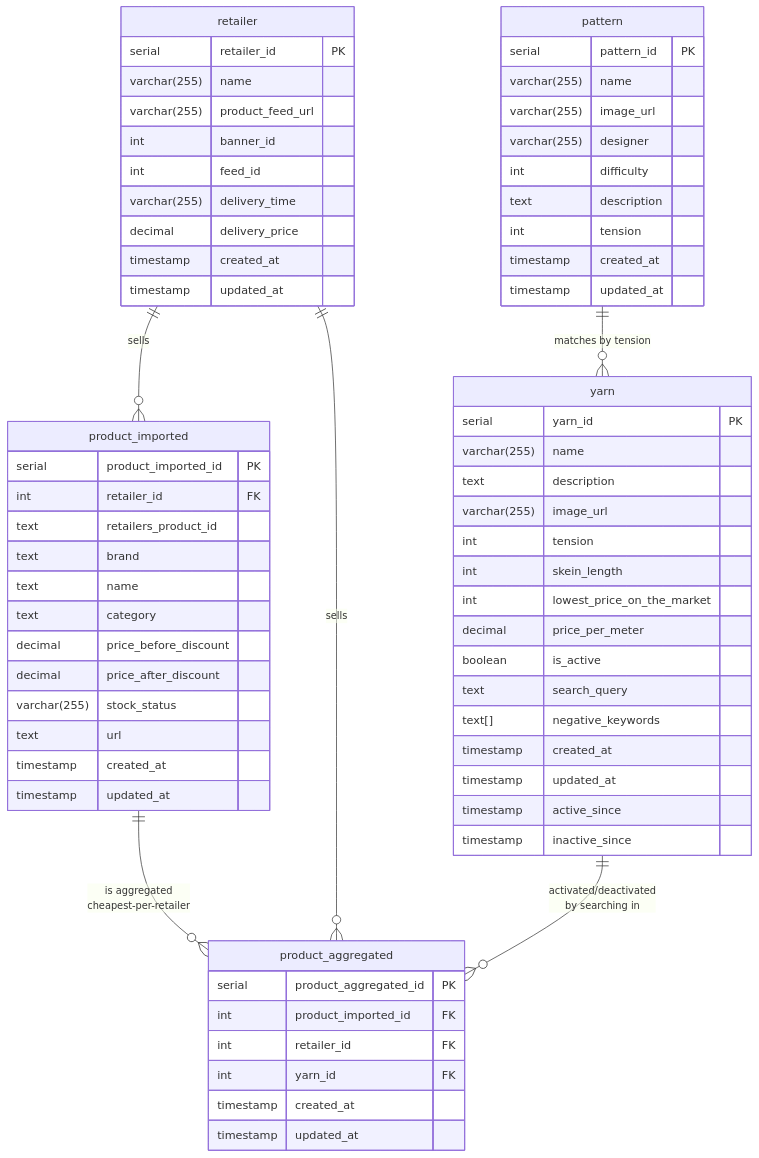
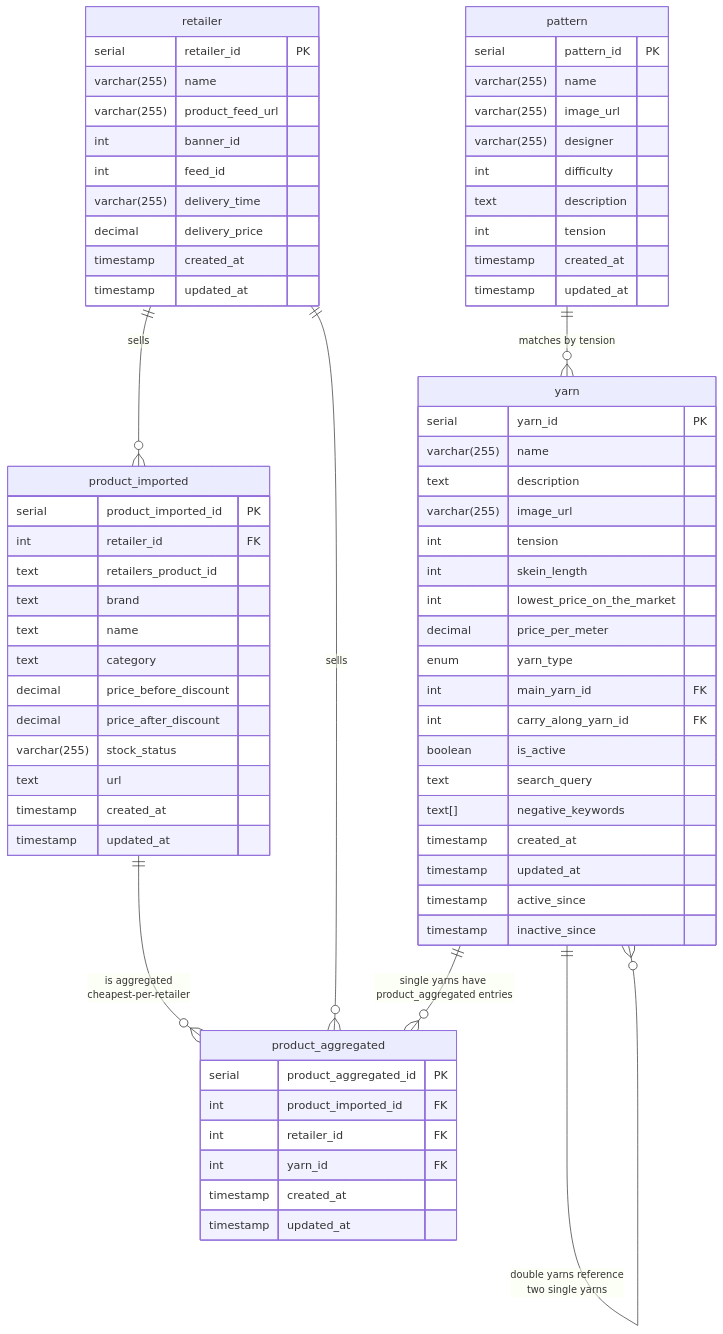
One commit to rasmusbulriksen/garnalternativer.dk changed the diagram in backend/diagrams/er-diagram.md. Above: the diagram before and after it, drawn with Mermaid. The commit also changed 9 other files, not shown here.

First line of the commit message:
Add double yarn support and update related documentation

````diff
--- a/backend/diagrams/er-diagram.md
+++ b/backend/diagrams/er-diagram.md
@@ -3,74 +3,78 @@
 ```mermaid
 erDiagram
     retailer {
         serial retailer_id PK
         varchar(255) name
         varchar(255) product_feed_url
         int banner_id
         int feed_id
         varchar(255) delivery_time
         decimal delivery_price
         timestamp created_at
         timestamp updated_at
     }
 
     product_imported {
         serial product_imported_id PK
         int retailer_id FK
         text retailers_product_id
         text brand
         text name
         text category
         decimal price_before_discount
         decimal price_after_discount
         varchar(255) stock_status
         text url
         timestamp created_at
         timestamp updated_at
     }
 
     product_aggregated {
         serial product_aggregated_id PK
         int product_imported_id FK
         int retailer_id FK
         int yarn_id FK
         timestamp created_at
         timestamp updated_at
     }
 
     yarn {
         serial yarn_id PK
         varchar(255) name
         text description
         varchar(255) image_url
         int tension
         int skein_length
         int lowest_price_on_the_market
         decimal price_per_meter
+        enum yarn_type
+        int main_yarn_id FK
+        int carry_along_yarn_id FK
         boolean is_active
         text search_query
         text[] negative_keywords
         timestamp created_at
         timestamp updated_at
         timestamp active_since
         timestamp inactive_since
     }
 
     pattern {
         serial pattern_id PK
         varchar(255) name
         varchar(255) image_url
         varchar(255) designer
         int difficulty
         text description
         int tension
         timestamp created_at
         timestamp updated_at
     }
 
     product_imported ||--o{ product_aggregated : "is aggregated <br>cheapest-per-retailer"
     retailer ||--o{ product_imported : "sells"
     retailer ||--o{ product_aggregated : "sells"
-    yarn ||--o{ product_aggregated : "activated/deactivated <br> by searching in"
+    yarn ||--o{ product_aggregated : "single yarns have <br>product_aggregated entries"
+    yarn ||--o{ yarn : "double yarns reference <br>two single yarns"
     pattern ||--o{ yarn : "matches by tension"
 ```
````
